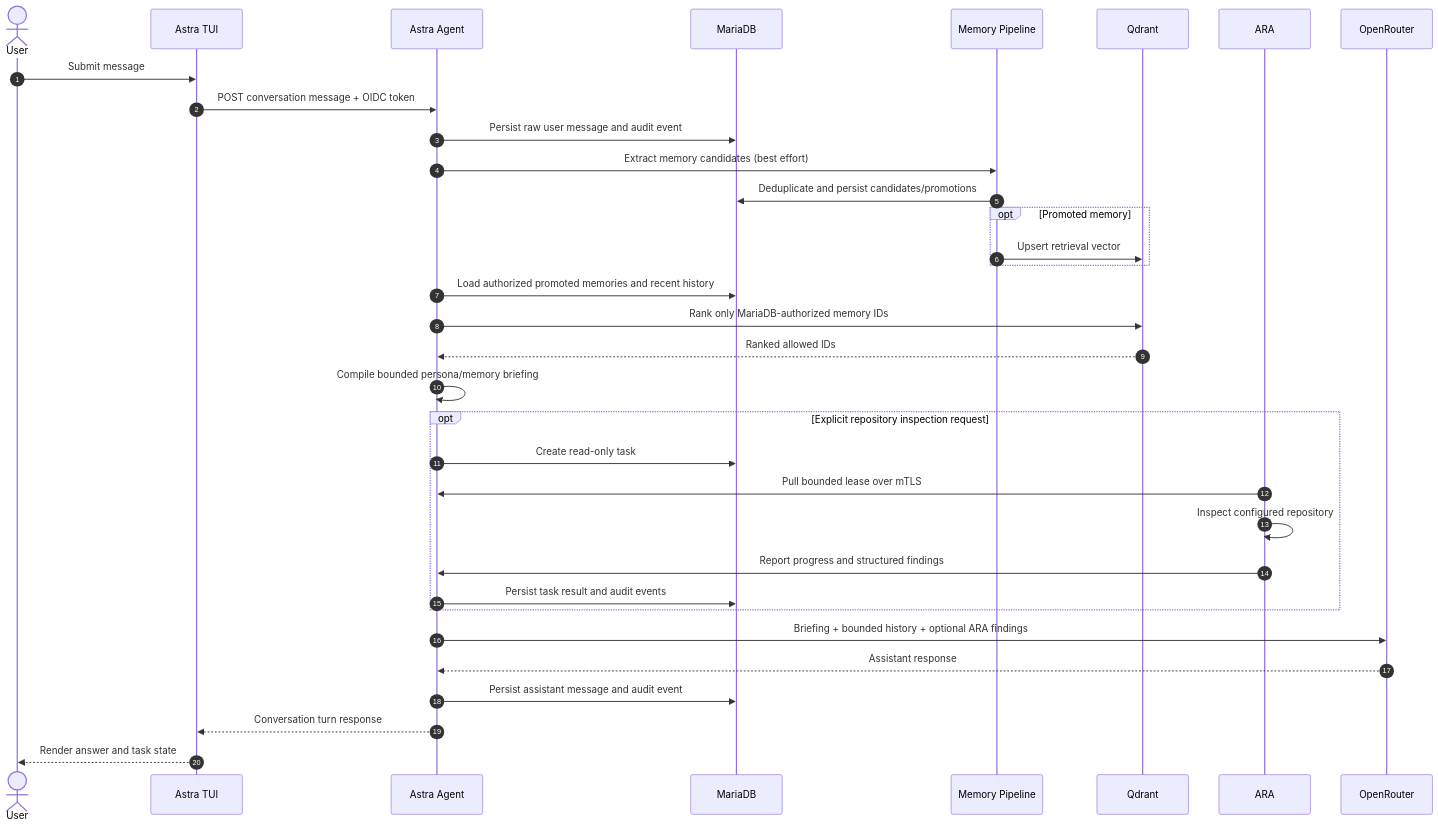
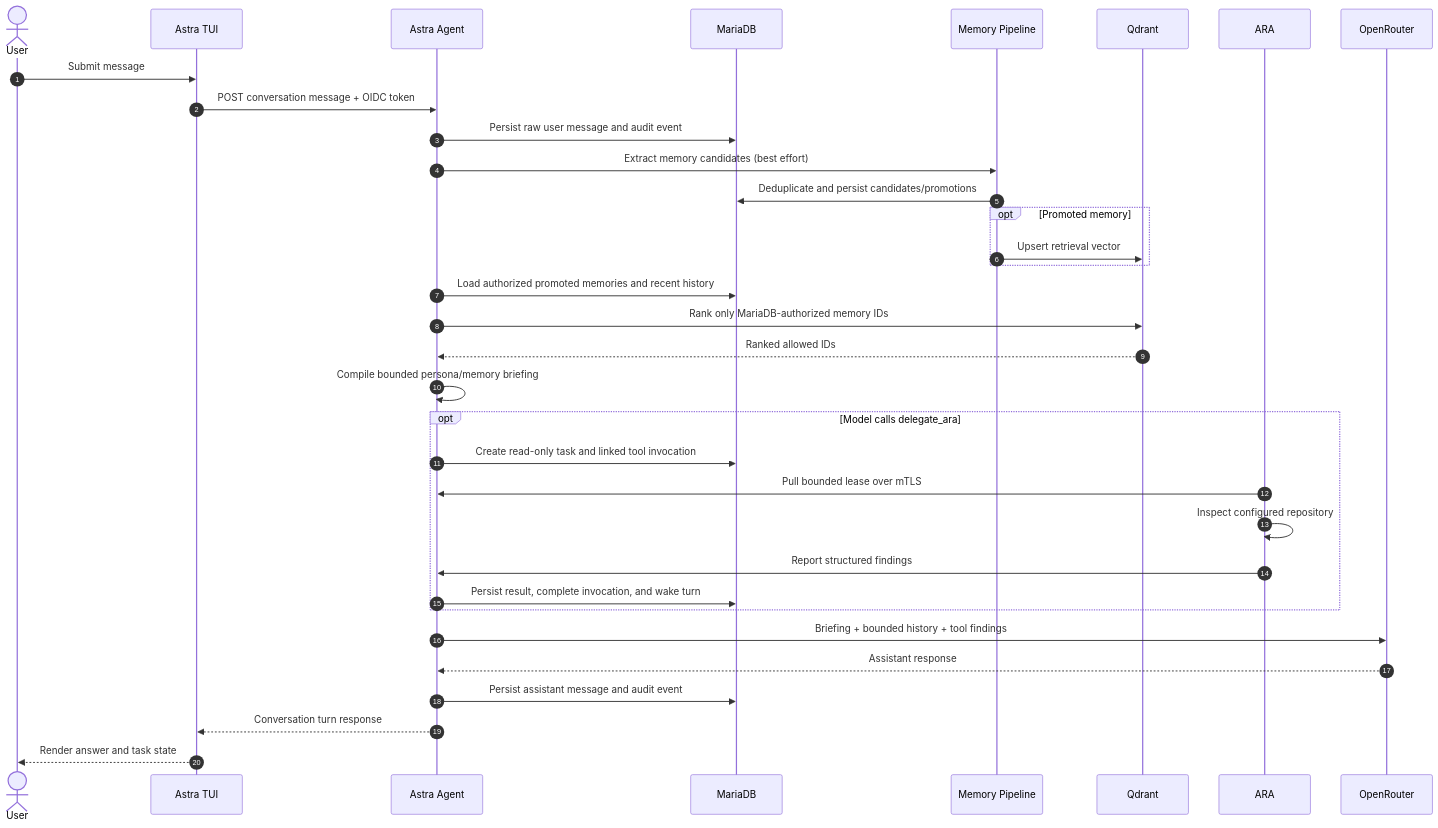
One commit to jcplaboratory/astra-agent changed the third of 6 diagrams in docs/architecture.md. Above: the diagram before and after it, drawn with Mermaid. The commit also changed other lines of this file and 27 other files, not shown here.

````diff
--- a/docs/architecture.md
+++ b/docs/architecture.md
@@ -105,37 +105,37 @@
 ```mermaid
 sequenceDiagram
     autonumber
     actor U as User
     participant T as Astra TUI
     participant A as Astra Agent
     participant DB as MariaDB
     participant M as Memory Pipeline
     participant Q as Qdrant
     participant R as ARA
     participant L as OpenRouter
 
     U->>T: Submit message
     T->>A: POST conversation message + OIDC token
     A->>DB: Persist raw user message and audit event
     A->>M: Extract memory candidates (best effort)
     M->>DB: Deduplicate and persist candidates/promotions
     opt Promoted memory
         M->>Q: Upsert retrieval vector
     end
     A->>DB: Load authorized promoted memories and recent history
     A->>Q: Rank only MariaDB-authorized memory IDs
     Q-->>A: Ranked allowed IDs
     A->>A: Compile bounded persona/memory briefing
-    opt Explicit repository inspection request
-        A->>DB: Create read-only task
+    opt Model calls delegate_ara
+        A->>DB: Create read-only task and linked tool invocation
         R->>A: Pull bounded lease over mTLS
         R->>R: Inspect configured repository
-        R->>A: Report progress and structured findings
-        A->>DB: Persist task result and audit events
+        R->>A: Report structured findings
+        A->>DB: Persist result, complete invocation, and wake turn
     end
-    A->>L: Briefing + bounded history + optional ARA findings
+    A->>L: Briefing + bounded history + tool findings
     L-->>A: Assistant response
     A->>DB: Persist assistant message and audit event
     A-->>T: Conversation turn response
     T-->>U: Render answer and task state
 ```
````
